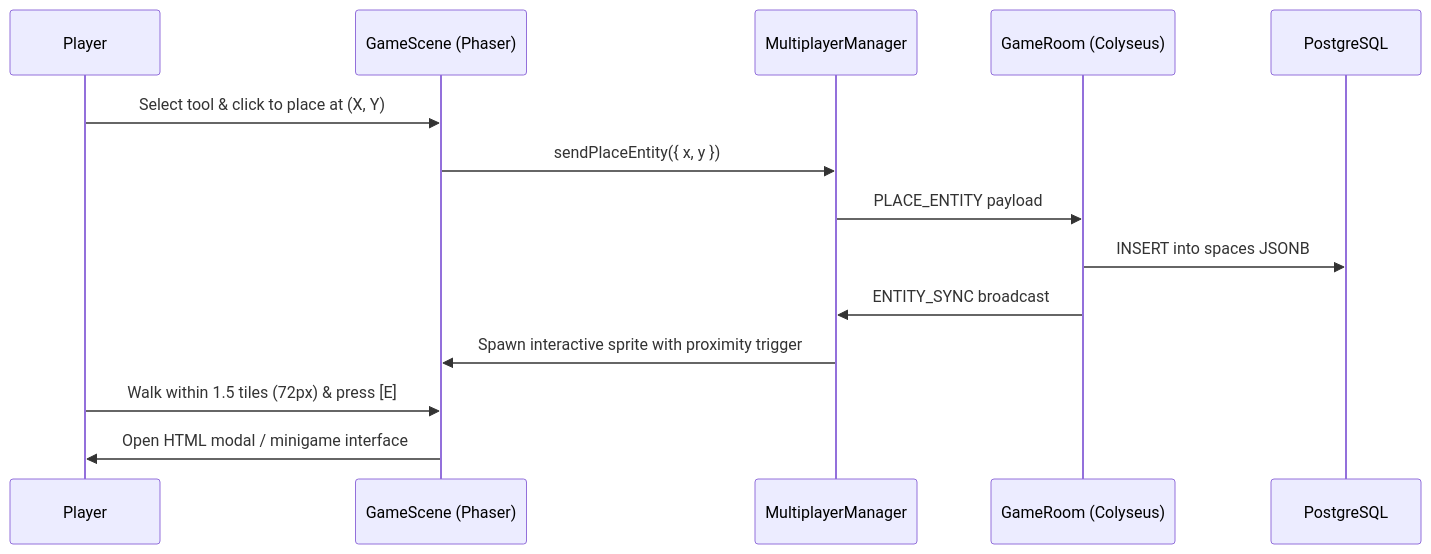
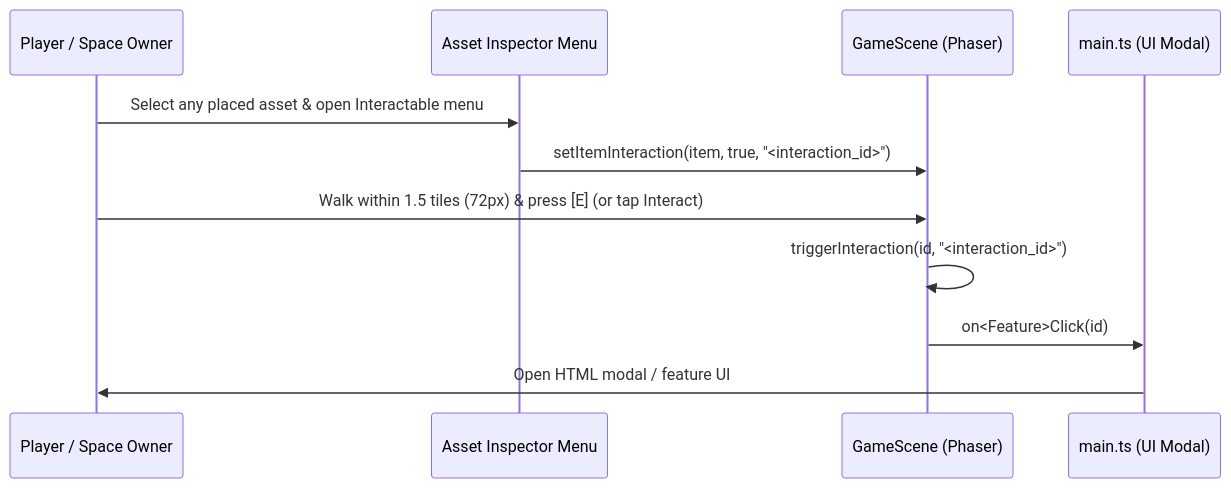
Before and after one commit to firdausfadzii/lepark: the second of 2 diagrams in add_asset_guide.md, drawn with Mermaid. The commit also changed other lines of this file and 30 other files, not shown here.

````diff
--- a/add_asset_guide.md
+++ b/add_asset_guide.md
@@ -436,17 +439,14 @@
 ```mermaid
 sequenceDiagram
-    participant User as Player
+    participant User as Player / Space Owner
+    participant Editor as Asset Inspector Menu
     participant Scene as GameScene (Phaser)
-    participant Net as MultiplayerManager
-    participant Room as GameRoom (Colyseus)
-    participant DB as PostgreSQL
+    participant Main as main.ts (UI Modal)
 
-    User->>Scene: Select tool & click to place at (X, Y)
-    Scene->>Net: sendPlaceEntity({ x, y })
-    Net->>Room: PLACE_ENTITY payload
-    Room->>DB: INSERT into spaces JSONB
-    Room->>Net: ENTITY_SYNC broadcast
-    Net->>Scene: Spawn interactive sprite with proximity trigger
-    User->>Scene: Walk within 1.5 tiles (72px) & press [E]
-    Scene->>User: Open HTML modal / minigame interface
+    User->>Editor: Select any placed asset & open Interactable menu
+    Editor->>Scene: setItemInteraction(item, true, "<interaction_id>")
+    User->>Scene: Walk within 1.5 tiles (72px) & press [E] (or tap Interact)
+    Scene->>Scene: triggerInteraction(id, "<interaction_id>")
+    Scene->>Main: on<Feature>Click(id)
+    Main->>User: Open HTML modal / feature UI
 ```
````
